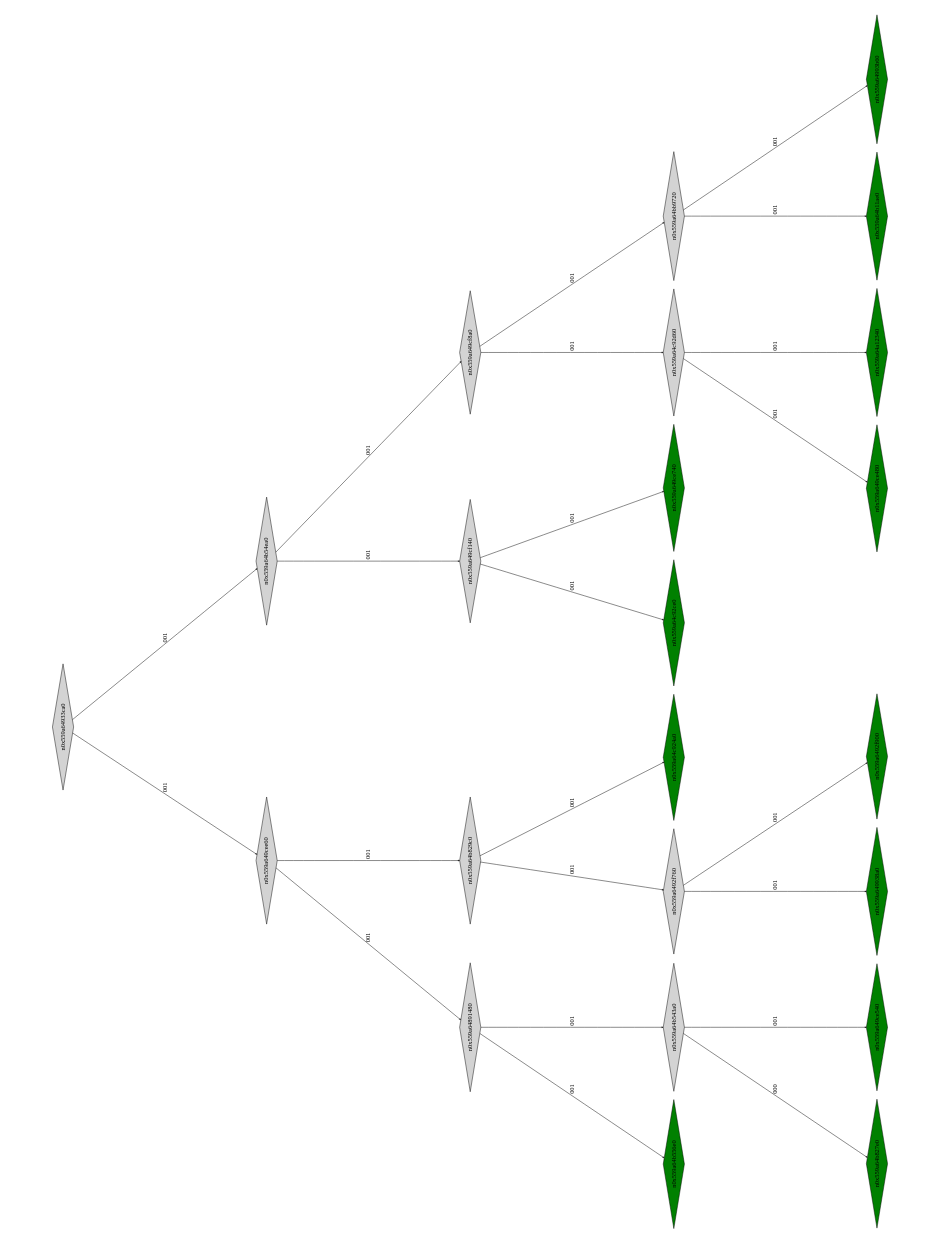
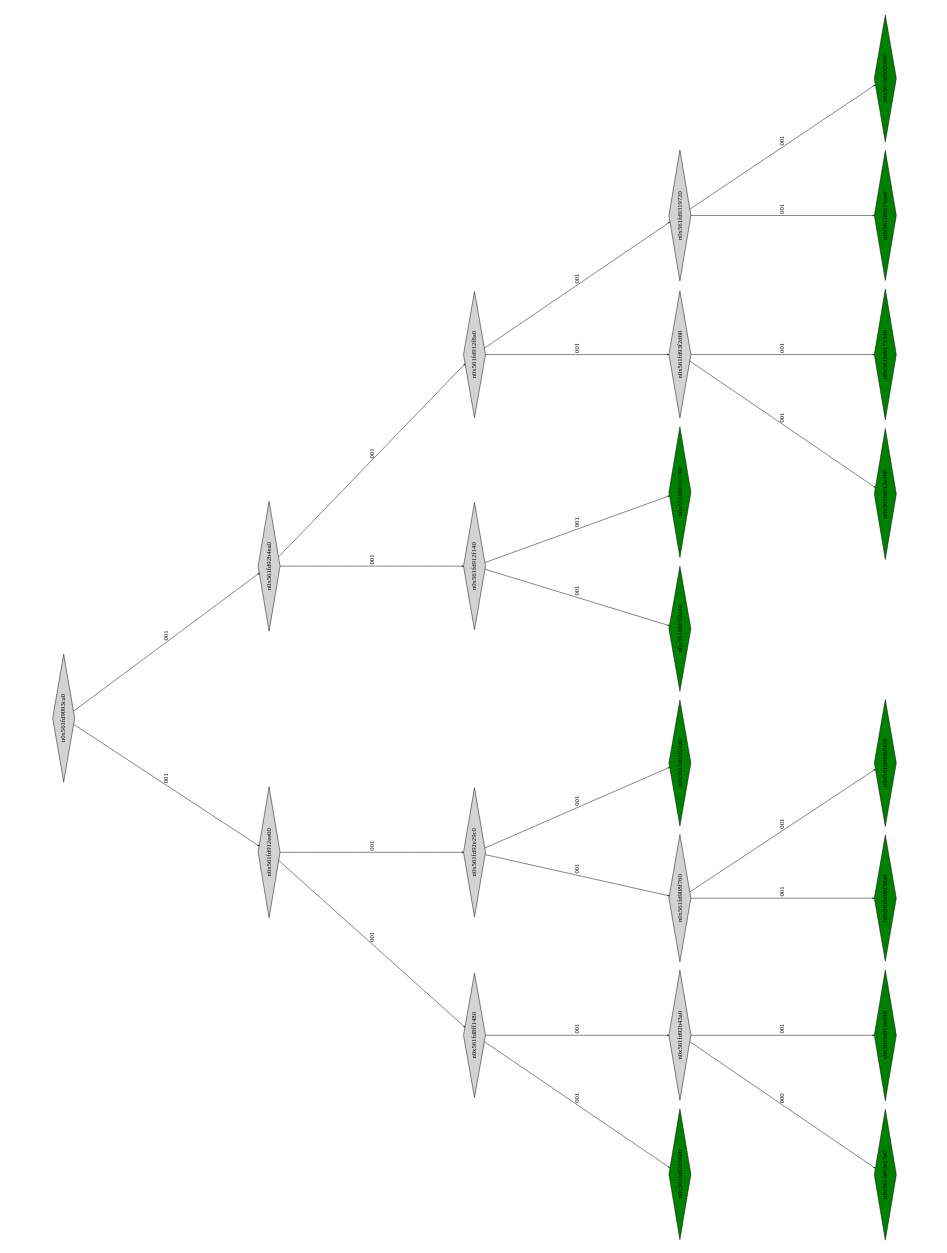
The diagram in montyhall_klee_out/ptree_00001141.dot (Research-Tools-PAVT/PSE-Program-Examples), drawn with Graphviz before and after one commit. The commit also changed 41 other files, not shown here.

```diff
--- a/montyhall_klee_out/ptree_00001141.dot
+++ b/montyhall_klee_out/ptree_00001141.dot
@@ -1,53 +1,53 @@
 digraph G {
 	size="10,7.5";
 	ratio=fill;
 	rotate=90;
 	center = "true";
 	node [style="filled",width=.1,height=.1,fontname="Terminus"]
 	edge [arrowsize=.3]
-	n0x559a64933ca0 [shape=diamond];
-	n0x559a64933ca0 -> n0x559a649cee60 [label=001];
-	n0x559a64933ca0 -> n0x559a64b54ea0 [label=001];
-	n0x559a64b54ea0 [shape=diamond];
-	n0x559a64b54ea0 -> n0x559a649cf140 [label=001];
-	n0x559a64b54ea0 -> n0x559a649cf8a0 [label=001];
-	n0x559a649cf8a0 [shape=diamond];
-	n0x559a649cf8a0 -> n0x559a64c92d60 [label=001];
-	n0x559a649cf8a0 -> n0x559a64bb9720 [label=001];
-	n0x559a64bb9720 [shape=diamond];
-	n0x559a64bb9720 -> n0x559a64b11ae0 [label=001];
-	n0x559a64bb9720 -> n0x559a64993b60 [label=001];
-	n0x559a64993b60 [shape=diamond,fillcolor=green];
-	n0x559a64b11ae0 [shape=diamond,fillcolor=green];
-	n0x559a64c92d60 [shape=diamond];
-	n0x559a64c92d60 -> n0x559a649ce480 [label=001];
-	n0x559a64c92d60 -> n0x559a64a12340 [label=001];
-	n0x559a64a12340 [shape=diamond,fillcolor=green];
-	n0x559a649ce480 [shape=diamond,fillcolor=green];
-	n0x559a649cf140 [shape=diamond];
-	n0x559a649cf140 -> n0x559a64c92ce0 [label=001];
-	n0x559a649cf140 -> n0x559a649ce740 [label=001];
-	n0x559a649ce740 [shape=diamond,fillcolor=green];
-	n0x559a64c92ce0 [shape=diamond,fillcolor=green];
-	n0x559a649cee60 [shape=diamond];
-	n0x559a649cee60 -> n0x559a64891480 [label=001];
-	n0x559a649cee60 -> n0x559a64b829c0 [label=001];
-	n0x559a64b829c0 [shape=diamond];
-	n0x559a64b829c0 -> n0x559a6492f760 [label=001];
-	n0x559a64b829c0 -> n0x559a64c924a0 [label=001];
-	n0x559a64c924a0 [shape=diamond,fillcolor=green];
-	n0x559a6492f760 [shape=diamond];
-	n0x559a6492f760 -> n0x559a649938a0 [label=001];
-	n0x559a6492f760 -> n0x559a6492f900 [label=001];
-	n0x559a6492f900 [shape=diamond,fillcolor=green];
-	n0x559a649938a0 [shape=diamond,fillcolor=green];
-	n0x559a64891480 [shape=diamond];
-	n0x559a64891480 -> n0x559a64b556e0 [label=001];
-	n0x559a64891480 -> n0x559a64b543a0 [label=001];
-	n0x559a64b543a0 [shape=diamond];
-	n0x559a64b543a0 -> n0x559a64b827e0 [label=000];
-	n0x559a64b543a0 -> n0x559a649ce540 [label=001];
-	n0x559a649ce540 [shape=diamond,fillcolor=green];
-	n0x559a64b827e0 [shape=diamond,fillcolor=green];
-	n0x559a64b556e0 [shape=diamond,fillcolor=green];
+	n0x561fd9093ca0 [shape=diamond];
+	n0x561fd9093ca0 -> n0x561fd912ee60 [label=001];
+	n0x561fd9093ca0 -> n0x561fd92b4ea0 [label=001];
+	n0x561fd92b4ea0 [shape=diamond];
+	n0x561fd92b4ea0 -> n0x561fd912f140 [label=001];
+	n0x561fd92b4ea0 -> n0x561fd912f8a0 [label=001];
+	n0x561fd912f8a0 [shape=diamond];
+	n0x561fd912f8a0 -> n0x561fd93f2d60 [label=001];
+	n0x561fd912f8a0 -> n0x561fd9319720 [label=001];
+	n0x561fd9319720 [shape=diamond];
+	n0x561fd9319720 -> n0x561fd9271ae0 [label=001];
+	n0x561fd9319720 -> n0x561fd90f3b60 [label=001];
+	n0x561fd90f3b60 [shape=diamond,fillcolor=green];
+	n0x561fd9271ae0 [shape=diamond,fillcolor=green];
+	n0x561fd93f2d60 [shape=diamond];
+	n0x561fd93f2d60 -> n0x561fd912e480 [label=001];
+	n0x561fd93f2d60 -> n0x561fd9172340 [label=001];
+	n0x561fd9172340 [shape=diamond,fillcolor=green];
+	n0x561fd912e480 [shape=diamond,fillcolor=green];
+	n0x561fd912f140 [shape=diamond];
+	n0x561fd912f140 -> n0x561fd93f2ce0 [label=001];
+	n0x561fd912f140 -> n0x561fd912e740 [label=001];
+	n0x561fd912e740 [shape=diamond,fillcolor=green];
+	n0x561fd93f2ce0 [shape=diamond,fillcolor=green];
+	n0x561fd912ee60 [shape=diamond];
+	n0x561fd912ee60 -> n0x561fd8ff1480 [label=001];
+	n0x561fd912ee60 -> n0x561fd92e29c0 [label=001];
+	n0x561fd92e29c0 [shape=diamond];
+	n0x561fd92e29c0 -> n0x561fd908f760 [label=001];
+	n0x561fd92e29c0 -> n0x561fd93f24a0 [label=001];
+	n0x561fd93f24a0 [shape=diamond,fillcolor=green];
+	n0x561fd908f760 [shape=diamond];
+	n0x561fd908f760 -> n0x561fd90f38a0 [label=001];
+	n0x561fd908f760 -> n0x561fd908f900 [label=001];
+	n0x561fd908f900 [shape=diamond,fillcolor=green];
+	n0x561fd90f38a0 [shape=diamond,fillcolor=green];
+	n0x561fd8ff1480 [shape=diamond];
+	n0x561fd8ff1480 -> n0x561fd92b56e0 [label=001];
+	n0x561fd8ff1480 -> n0x561fd92b43a0 [label=001];
+	n0x561fd92b43a0 [shape=diamond];
+	n0x561fd92b43a0 -> n0x561fd92e27e0 [label=000];
+	n0x561fd92b43a0 -> n0x561fd912e540 [label=001];
+	n0x561fd912e540 [shape=diamond,fillcolor=green];
+	n0x561fd92e27e0 [shape=diamond,fillcolor=green];
+	n0x561fd92b56e0 [shape=diamond,fillcolor=green];
 }
```
